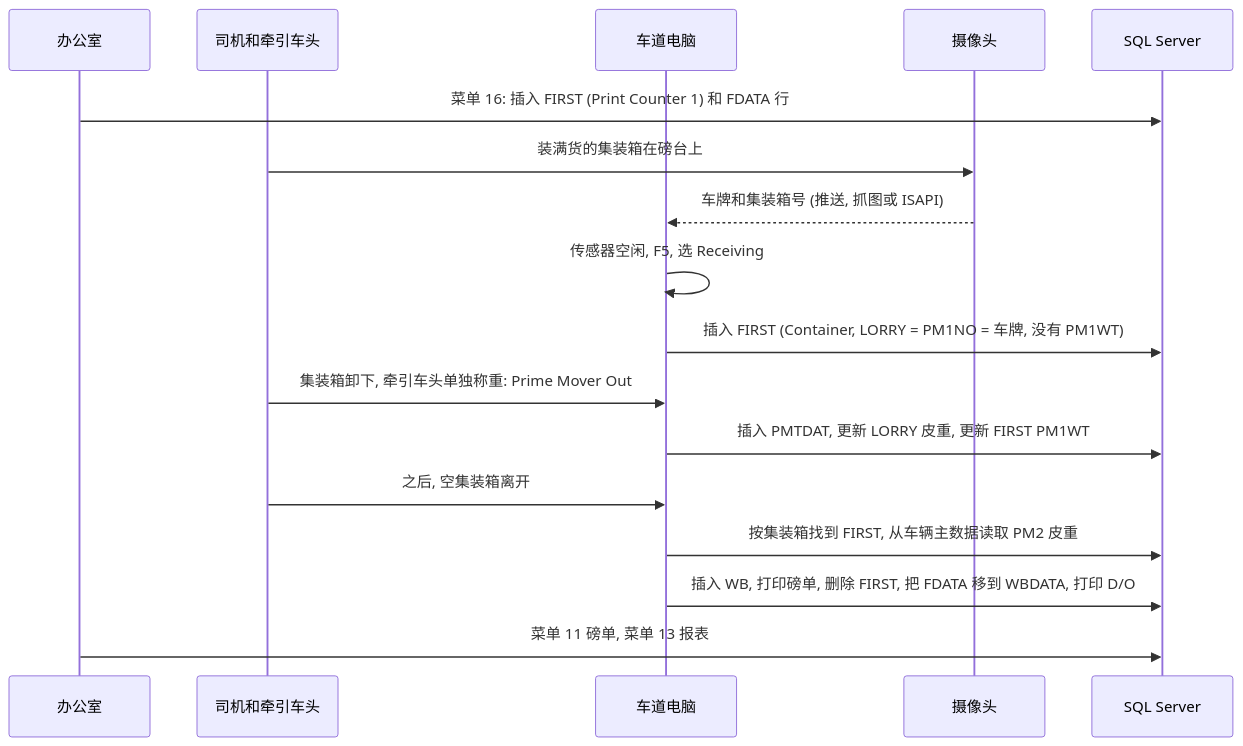
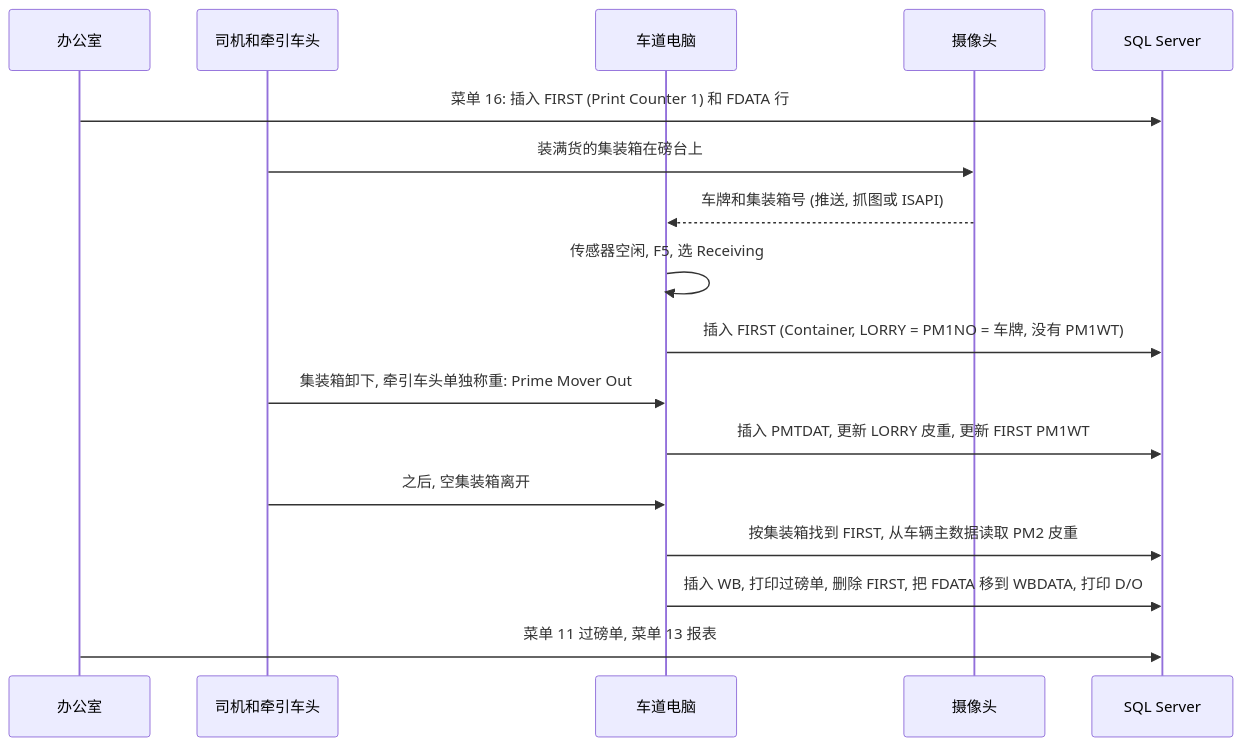
One commit to Domain-Application/Application_All_Cosmos changed the ninth of 10 diagrams in docs/MODULE_REFERENCE.zh-CN.md. Above: the diagram before and after it, drawn with Mermaid. The commit also changed other lines of this file and 1 other file, not shown here.

Commit message:
docs: Chinese terms aligned (过磅单 for ticket, 合约 for contract) in glossary and prose, EN and zh-CN

````diff
--- a/docs/MODULE_REFERENCE.zh-CN.md
+++ b/docs/MODULE_REFERENCE.zh-CN.md
@@ -1199,19 +1199,19 @@
 ```mermaid
 sequenceDiagram
   participant O as 办公室
   participant D as 司机和牵引车头
   participant L as 车道电脑
   participant C as 摄像头
   participant S as SQL Server
   O->>S: 菜单 16: 插入 FIRST (Print Counter 1) 和 FDATA 行
   D->>C: 装满货的集装箱在磅台上
   C-->>L: 车牌和集装箱号 (推送, 抓图或 ISAPI)
   L->>L: 传感器空闲, F5, 选 Receiving
   L->>S: 插入 FIRST (Container, LORRY = PM1NO = 车牌, 没有 PM1WT)
   D->>L: 集装箱卸下, 牵引车头单独称重: Prime Mover Out
   L->>S: 插入 PMTDAT, 更新 LORRY 皮重, 更新 FIRST PM1WT
   D->>L: 之后, 空集装箱离开
   L->>S: 按集装箱找到 FIRST, 从车辆主数据读取 PM2 皮重
-  L->>S: 插入 WB, 打印磅单, 删除 FIRST, 把 FDATA 移到 WBDATA, 打印 D/O
-  O->>S: 菜单 11 磅单, 菜单 13 报表
+  L->>S: 插入 WB, 打印过磅单, 删除 FIRST, 把 FDATA 移到 WBDATA, 打印 D/O
+  O->>S: 菜单 11 过磅单, 菜单 13 报表
 ```
````
